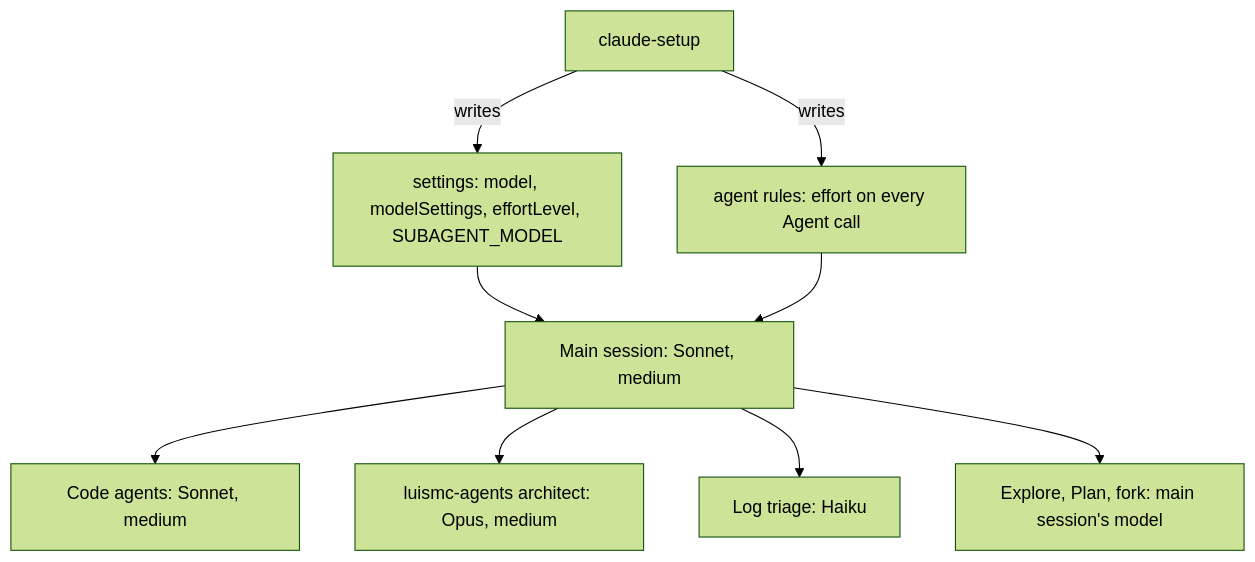
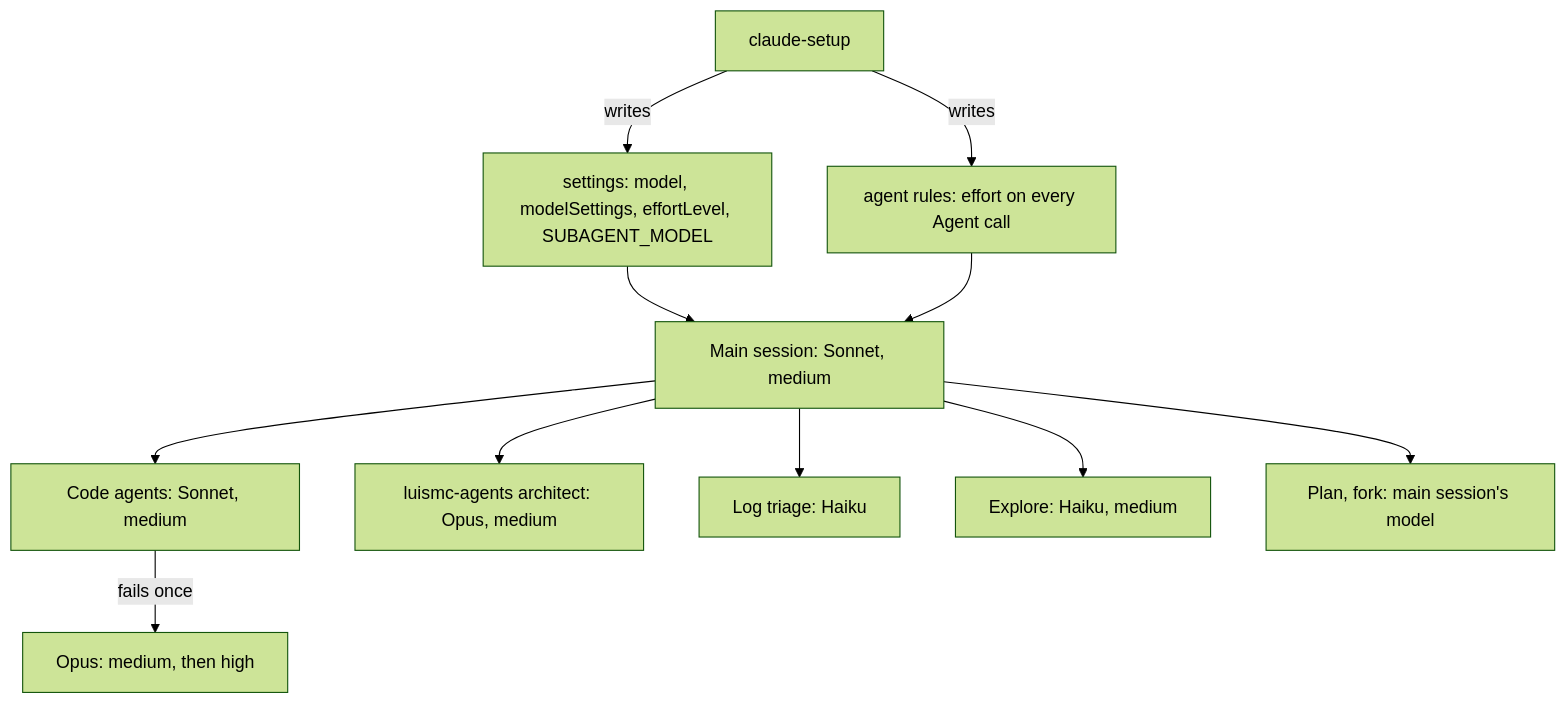
One commit to luis-mc/dev-standards changed the diagram in docs/features/models/spec.md. Above: the diagram before and after it, drawn with Mermaid (forest theme). The commit also changed other lines of this file and 12 other files, not shown here.

````diff
--- a/docs/features/models/spec.md
+++ b/docs/features/models/spec.md
@@ -42,11 +43,13 @@
 ```mermaid
 flowchart TB
   main[Main session: Sonnet, medium] --> code[Code agents: Sonnet, medium]
   main --> arch[luismc-agents architect: Opus, medium]
   main --> tri[Log triage: Haiku]
-  main --> ex[Explore, Plan, fork: main session's model]
+  main --> ex[Explore: Haiku, medium]
+  main --> pl[Plan, fork: main session's model]
+  code -->|fails once| esc[Opus: medium, then high]
   setup[claude-setup] -->|writes| cfg[settings: model, modelSettings, effortLevel, SUBAGENT_MODEL]
   setup -->|writes| rule[agent rules: effort on every Agent call]
   cfg --> main
   rule --> main
 ```
````
